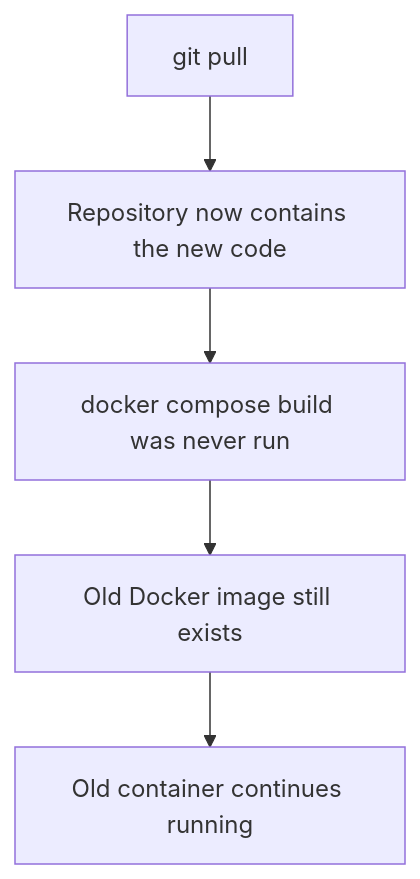
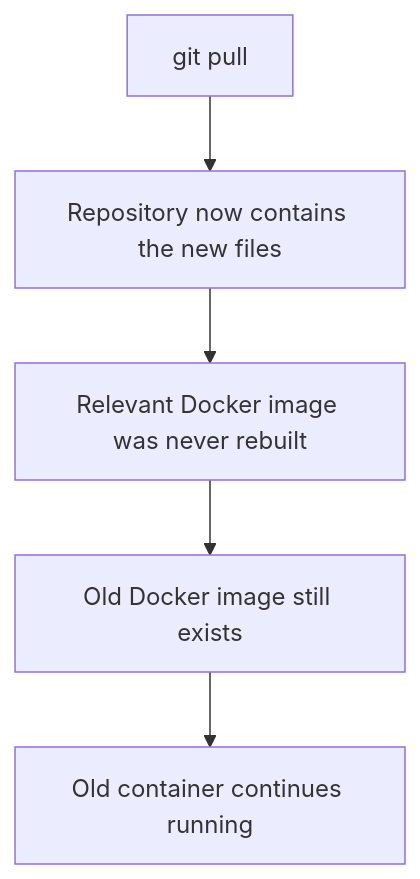
One commit to Gearsik/madiao changed the sixth of 7 diagrams in docs/runbook/health-checks.md. Above: the diagram before and after it, drawn with Mermaid. The commit also changed other lines of this file and 16 other files, not shown here.

Commit message:
updates to the documentation that included the addition of HTTPS, also updated the other pages with documentation now being a part of the docker compose set up

````diff
--- a/docs/runbook/health-checks.md
+++ b/docs/runbook/health-checks.md
@@ -422,10 +573,10 @@
 ```mermaid
 flowchart TD
     Pull["git pull"]
-    Source["Repository now contains the new code"]
-    Skip["docker compose build was never run"]
+    Source["Repository now contains the new files"]
+    Skip["Relevant Docker image was never rebuilt"]
     Image["Old Docker image still exists"]
     Container["Old container continues running"]
 
     Pull --> Source --> Skip --> Image --> Container
 ```
````
